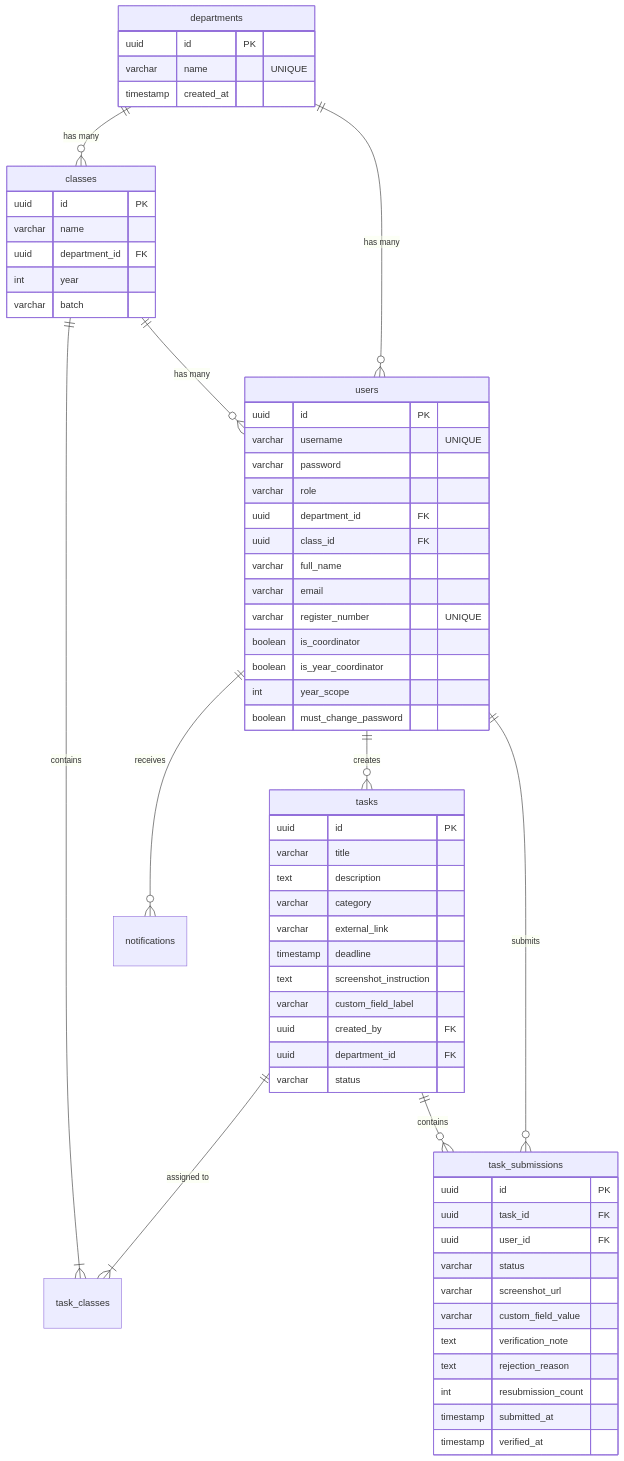
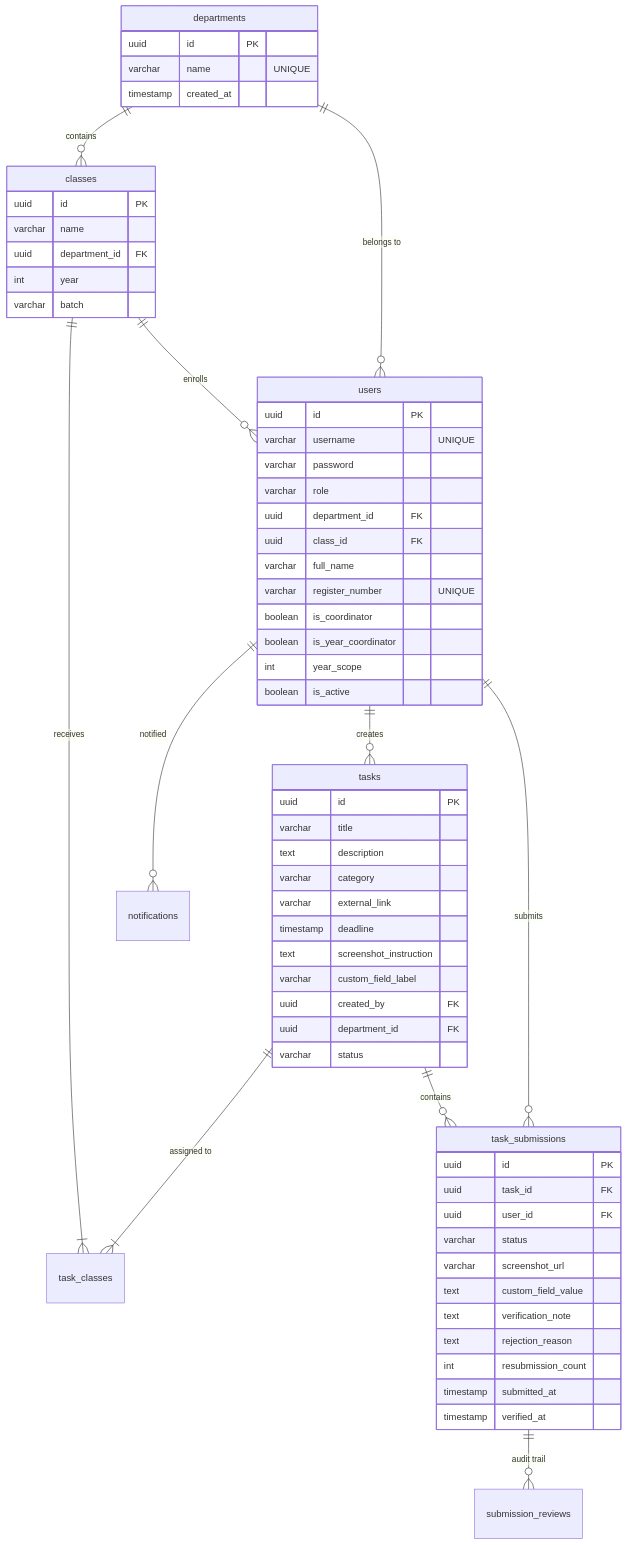
The third of 3 diagrams in README.md (Tharun4743/IT_taskmanager), drawn with Mermaid before and after one commit. The commit also changed other lines of this file, not shown here.

Commit message:
docs: update README with architecture diagram, RBAC matrix, ER diagram, verification lifecycle, and placement showcase specs

````diff
--- a/README.md
+++ b/README.md
@@ -54,66 +86,66 @@
 ```mermaid
 erDiagram
-    departments ||--o{ classes : "has many"
-    departments ||--o{ users : "has many"
-    classes ||--o{ users : "has many"
+    departments ||--o{ classes : "contains"
+    departments ||--o{ users : "belongs to"
+    classes ||--o{ users : "enrolls"
     users ||--o{ tasks : "creates"
     tasks ||--|{ task_classes : "assigned to"
-    classes ||--|{ task_classes : "contains"
+    classes ||--|{ task_classes : "receives"
     users ||--o{ task_submissions : "submits"
     tasks ||--o{ task_submissions : "contains"
-    users ||--o{ notifications : "receives"
+    task_submissions ||--o{ submission_reviews : "audit trail"
+    users ||--o{ notifications : "notified"
 
     departments {
         uuid id PK
         varchar name "UNIQUE"
         timestamp created_at
     }
     classes {
         uuid id PK
         varchar name
         uuid department_id FK
         int year
         varchar batch
     }
     users {
         uuid id PK
         varchar username "UNIQUE"
         varchar password
         varchar role
         uuid department_id FK
         uuid class_id FK
         varchar full_name
-        varchar email
         varchar register_number "UNIQUE"
         boolean is_coordinator
         boolean is_year_coordinator
         int year_scope
-        boolean must_change_password
+        boolean is_active
     }
     tasks {
         uuid id PK
         varchar title
         text description
         varchar category
         varchar external_link
         timestamp deadline
         text screenshot_instruction
         varchar custom_field_label
         uuid created_by FK
         uuid department_id FK
         varchar status
     }
     task_submissions {
         uuid id PK
         uuid task_id FK
         uuid user_id FK
         varchar status
         varchar screenshot_url
-        varchar custom_field_value
+        text custom_field_value
         text verification_note
         text rejection_reason
         int resubmission_count
         timestamp submitted_at
         timestamp verified_at
     }
 ```
````
